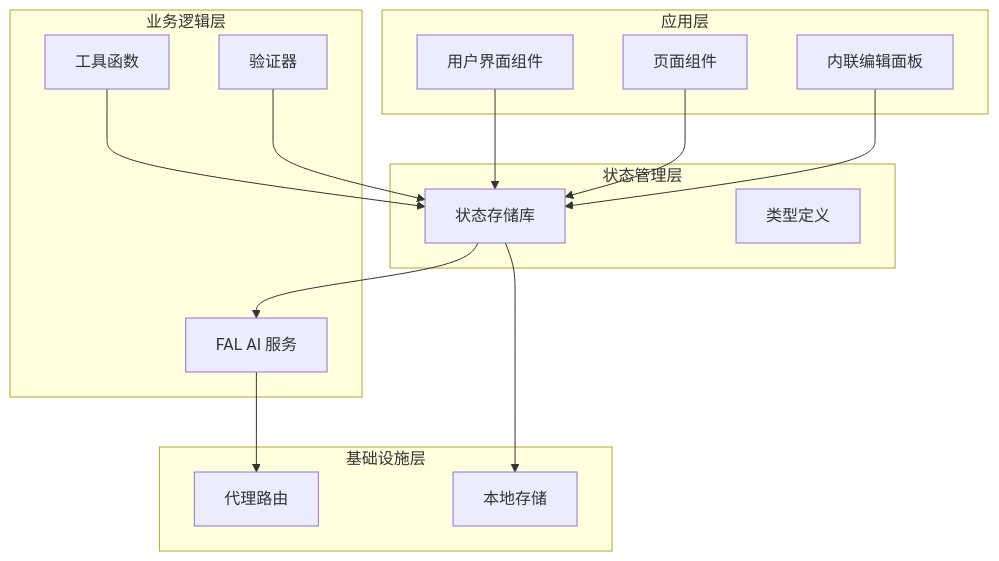
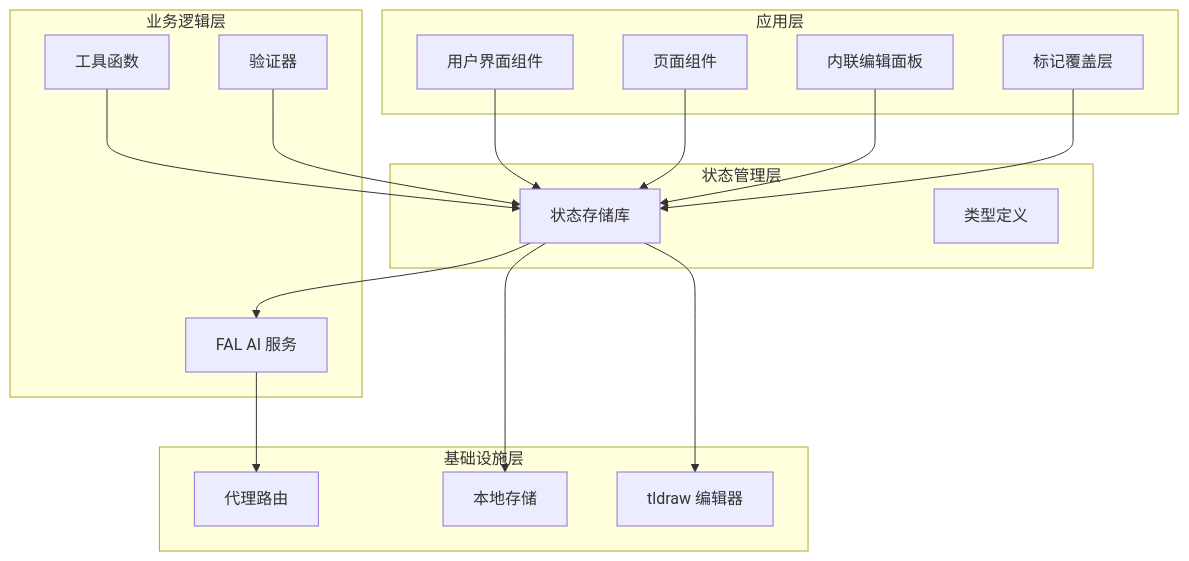
The first of 19 diagrams in .qoder/repowiki/zh/content/状态管理系统.md (billye220670/BananaFlow2), drawn with Mermaid before and after one commit. The commit also changed other lines of this file and 10 other files, not shown here.

````diff
--- a/.qoder/repowiki/zh/content/状态管理系统.md
+++ b/.qoder/repowiki/zh/content/状态管理系统.md
@@ -43,29 +51,33 @@
 ```mermaid
 graph TB
 subgraph "应用层"
 UI[用户界面组件]
 Pages[页面组件]
 InlineEdit[内联编辑面板]
+MarkerOverlay[标记覆盖层]
 end
 subgraph "状态管理层"
 Store[状态存储库]
 Types[类型定义]
 end
 subgraph "业务逻辑层"
 FAL[FAL AI 服务]
 Utils[工具函数]
 Validation[验证器]
 end
 subgraph "基础设施层"
 Proxy[代理路由]
 Storage[本地存储]
+Tldraw[tldraw 编辑器]
 end
 UI --> Store
 Pages --> Store
 InlineEdit --> Store
+MarkerOverlay --> Store
 Store --> FAL
 Store --> Storage
+Store --> Tldraw
 FAL --> Proxy
 Utils --> Store
 Validation --> Store
 ```
````
